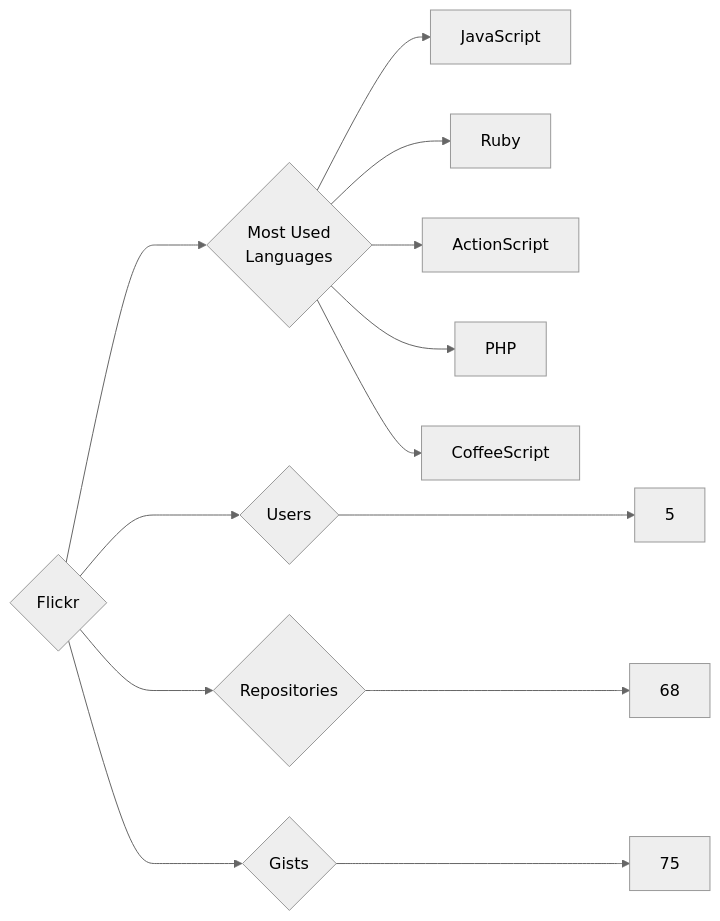
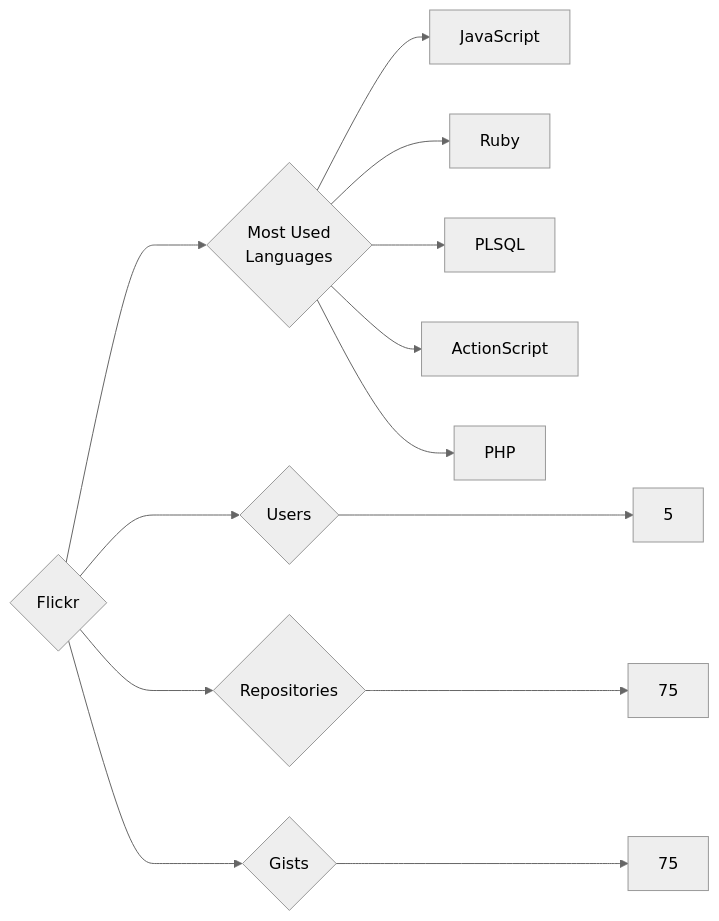
The diagram in targets/Flickr/README.md (trickest/insiders), drawn with Mermaid (neutral theme) before and after one commit. The commit also changed 965 other files, not shown here.

````diff
--- a/targets/Flickr/README.md
+++ b/targets/Flickr/README.md
@@ -3,13 +3,13 @@
 ```mermaid
 graph LR
 COMPANY_NAME{Flickr}
 COMPANY_NAME ---> U{Users} ---> UN[5]
-COMPANY_NAME ---> R{Repositories} ---> RN[68]
+COMPANY_NAME ---> R{Repositories} ---> RN[75]
 COMPANY_NAME ---> G{Gists} ---> GN[75]
 COMPANY_NAME ---> ML{Most Used<br>Languages}
 ML --> JavaScript[JavaScript]
 ML --> Ruby[Ruby]
+ML --> PLSQL[PLSQL]
 ML --> ActionScript[ActionScript]
 ML --> PHP[PHP]
-ML --> CoffeeScript[CoffeeScript]
 ```
````
